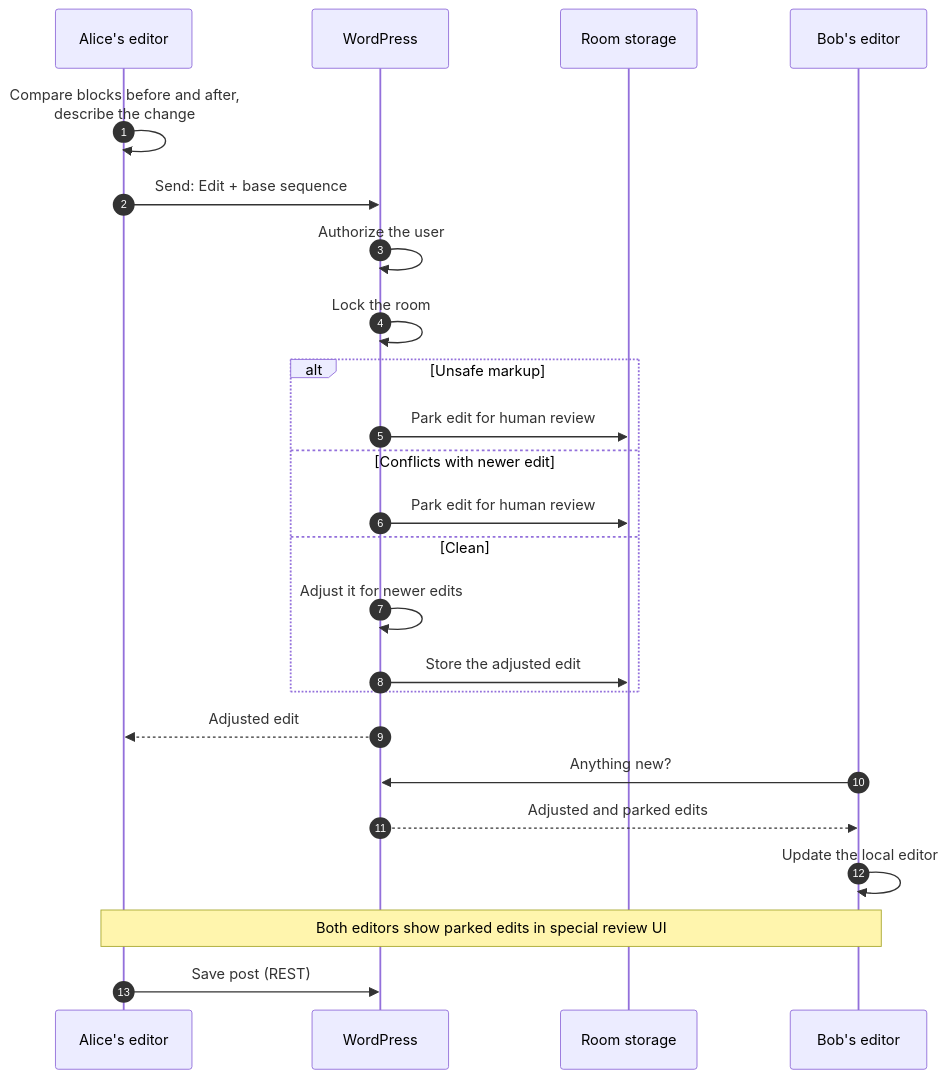
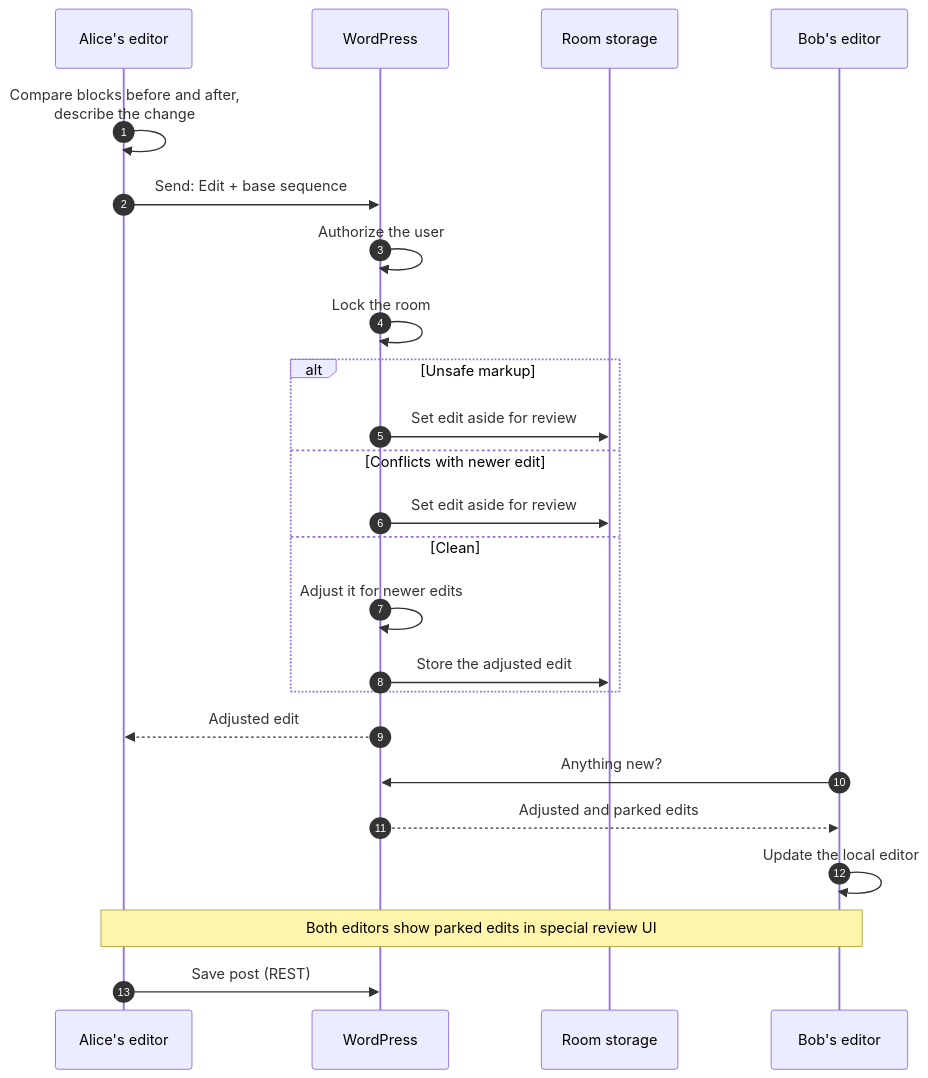
The second of 4 diagrams in docs/data-flow.md (WordPress/gutenberg-sync-engines), drawn with Mermaid before and after one commit. The commit also changed other lines of this file and 57 other files, not shown here.

````diff
--- a/docs/data-flow.md
+++ b/docs/data-flow.md
@@ -102,26 +92,26 @@
 ```mermaid
 sequenceDiagram
     autonumber
     participant A as Alice's editor
     participant WP as WordPress
     participant DB as Room storage
     participant B as Bob's editor
     A->>A: Compare blocks before and after,<br/>describe the change
     A->>WP: Send: Edit + base sequence
     WP->>WP: Authorize the user
     WP->>WP: Lock the room
     alt Unsafe markup
-        WP->>DB: Park edit for human review
+        WP->>DB: Set edit aside for review
     else Conflicts with newer edit
-        WP->>DB: Park edit for human review
+        WP->>DB: Set edit aside for review
     else Clean
         WP->>WP: Adjust it for newer edits
         WP->>DB: Store the adjusted edit
     end
     WP-->>A: Adjusted edit
     B->>WP: Anything new?
     WP-->>B: Adjusted and parked edits
     B->>B: Update the local editor
     Note over A,B: Both editors show parked edits in special review UI
     A->>WP: Save post (REST)
 ```
````
